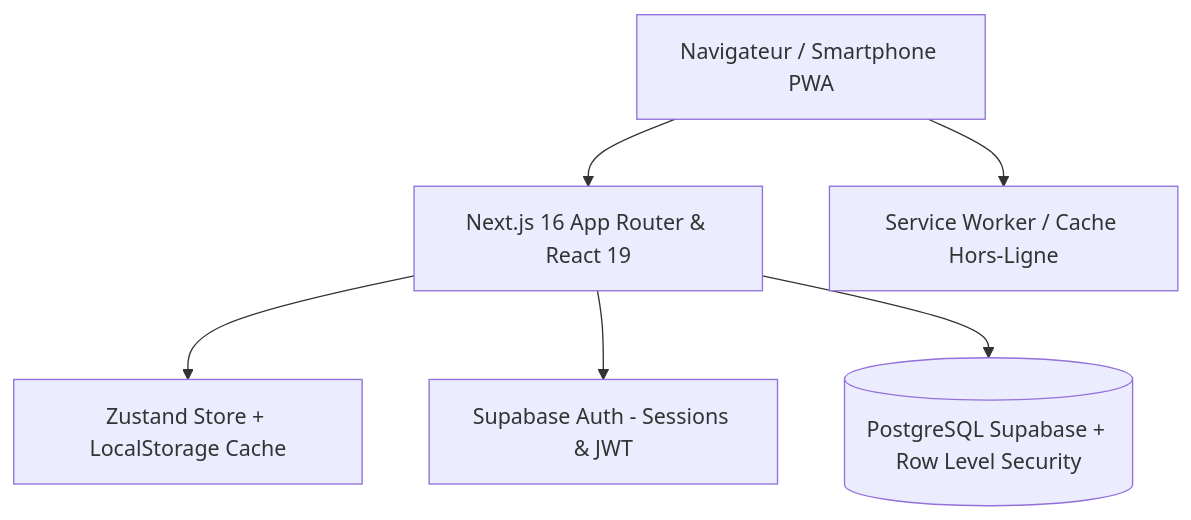
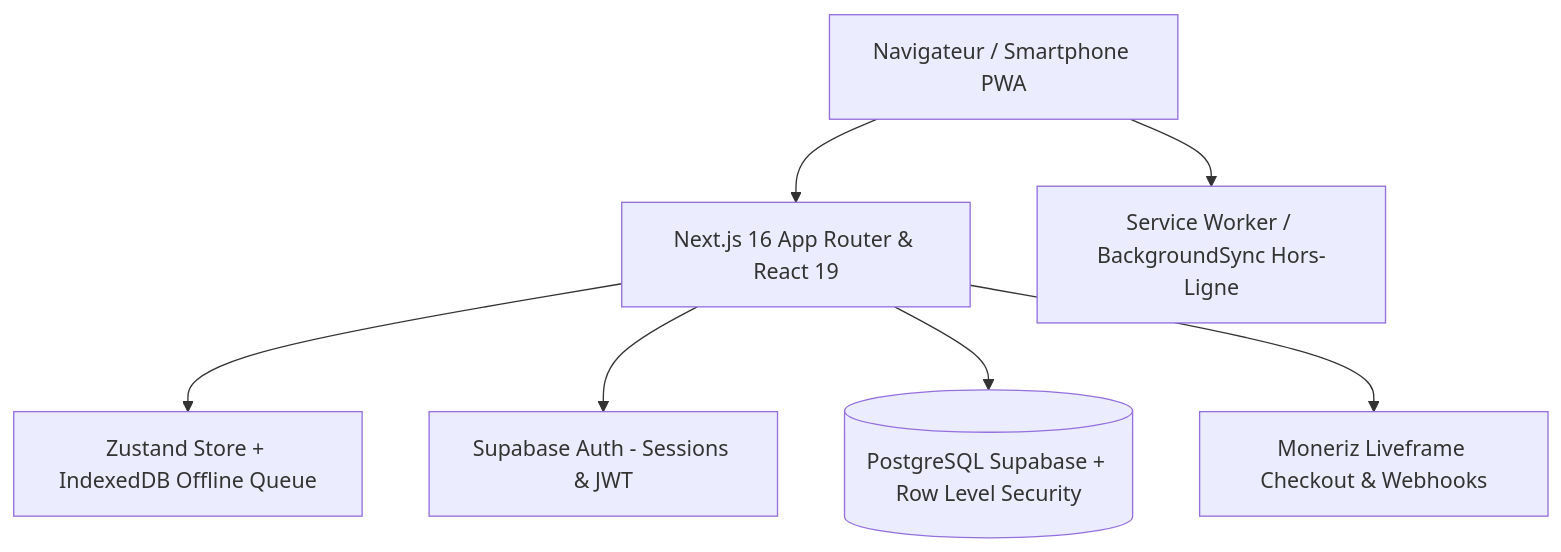
The diagram in MONBUDGET.md (duxfidele/Monbudget), drawn with Mermaid before and after one commit. The commit also changed other lines of this file and 1 other file, not shown here.

Commit message:
docs: update MONBUDGET.md and README.md with new pricing, offline-first and mobile header

````diff
--- a/MONBUDGET.md
+++ b/MONBUDGET.md
@@ -49,8 +50,9 @@
 ```mermaid
 graph TD
     Client[Navigateur / Smartphone PWA] --> NextJS[Next.js 16 App Router & React 19]
-    NextJS --> ZustandStore[Zustand Store + LocalStorage Cache]
+    NextJS --> ZustandStore[Zustand Store + IndexedDB Offline Queue]
     NextJS --> SupabaseAuth[Supabase Auth - Sessions & JWT]
     NextJS --> SupabaseDB[(PostgreSQL Supabase + Row Level Security)]
-    Client --> ServiceWorker[Service Worker / Cache Hors-Ligne]
+    NextJS --> Moneriz[Moneriz Liveframe Checkout & Webhooks]
+    Client --> ServiceWorker[Service Worker / BackgroundSync Hors-Ligne]
 ```
````
